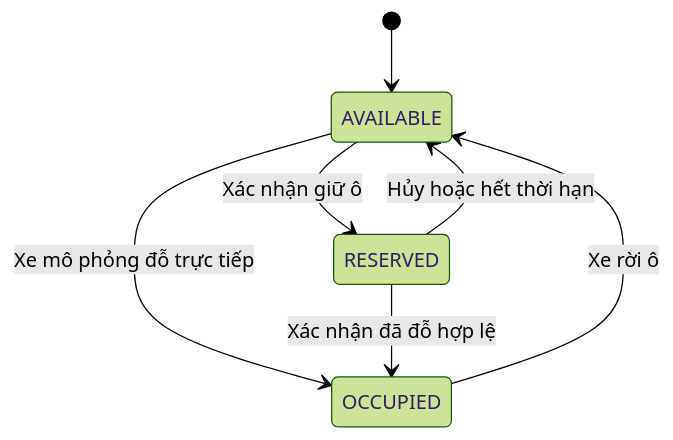
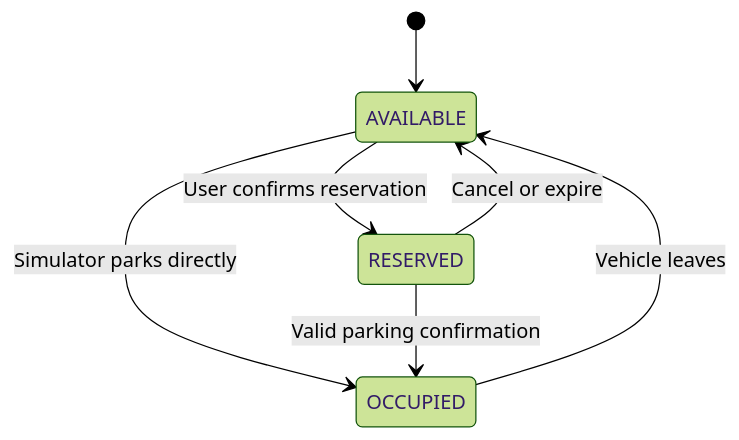
The fifth of 7 diagrams in docs/architecture.md (Ngducanh05/T-152), drawn with Mermaid (forest theme) before and after one commit. The commit also changed other lines of this file and 45 other files, not shown here.

````diff
--- a/docs/architecture.md
+++ b/docs/architecture.md
@@ -91,9 +185,9 @@
 ```mermaid
 stateDiagram-v2
     [*] --> AVAILABLE
-    AVAILABLE --> RESERVED: Xác nhận giữ ô
-    AVAILABLE --> OCCUPIED: Xe mô phỏng đỗ trực tiếp
-    RESERVED --> OCCUPIED: Xác nhận đã đỗ hợp lệ
-    RESERVED --> AVAILABLE: Hủy hoặc hết thời hạn
-    OCCUPIED --> AVAILABLE: Xe rời ô
+    AVAILABLE --> RESERVED: User confirms reservation
+    AVAILABLE --> OCCUPIED: Simulator parks directly
+    RESERVED --> OCCUPIED: Valid parking confirmation
+    RESERVED --> AVAILABLE: Cancel or expire
+    OCCUPIED --> AVAILABLE: Vehicle leaves
 ```
````
